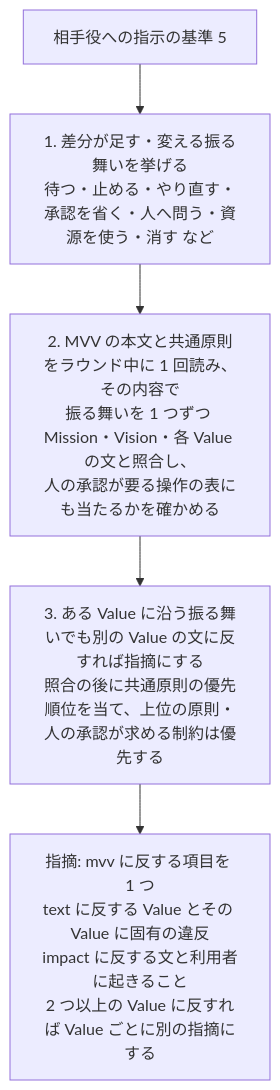
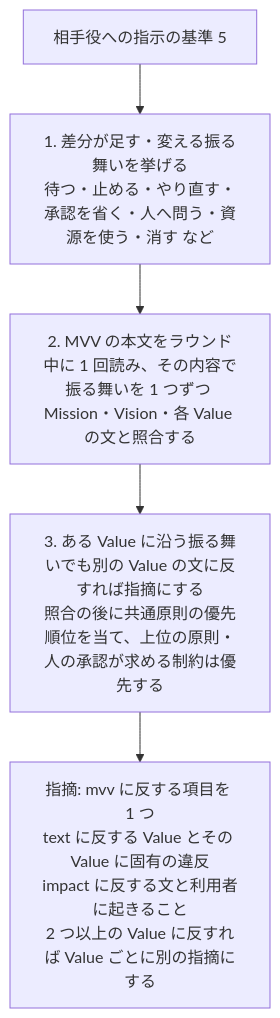
Before and after one commit to devbasex/ai-plugins: the second of 2 diagrams in issues/issue-4076-design.md, drawn with Mermaid. The commit also changed other lines of this file and 1 other file, not shown here.

````diff
--- a/issues/issue-4076-design.md
+++ b/issues/issue-4076-design.md
@@ -56,7 +55,7 @@
 ```mermaid
 graph TD
     I["相手役への指示の基準 5"] --> S1["1. 差分が足す・変える振る舞いを挙げる<br/>待つ・止める・やり直す・承認を省く・人へ問う・資源を使う・消す など"]
-    S1 --> S2["2. MVV の本文と共通原則をラウンド中に 1 回読み、その内容で<br/>振る舞いを 1 つずつ Mission・Vision・各 Value の文と照合し、<br/>人の承認が要る操作の表にも当たるかを確かめる"]
+    S1 --> S2["2. MVV の本文をラウンド中に 1 回読み、その内容で<br/>振る舞いを 1 つずつ Mission・Vision・各 Value の文と照合する"]
     S2 --> S3["3. ある Value に沿う振る舞いでも別の Value の文に反すれば指摘にする<br/>照合の後に共通原則の優先順位を当て、上位の原則・人の承認が求める制約は優先する"]
     S3 --> O["指摘: mvv に反する項目を 1 つ<br/>text に反する Value とその Value に固有の違反<br/>impact に反する文と利用者に起きること<br/>2 つ以上の Value に反すれば Value ごとに別の指摘にする"]
 ```
````
